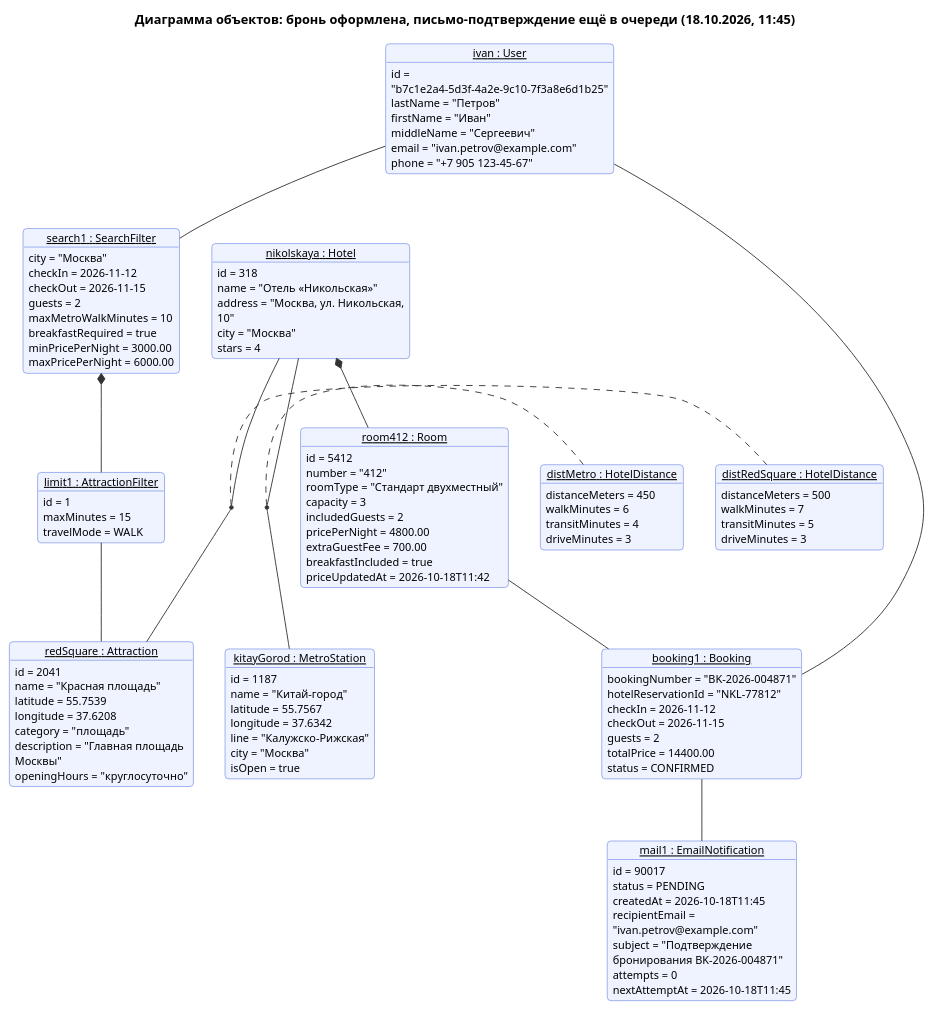
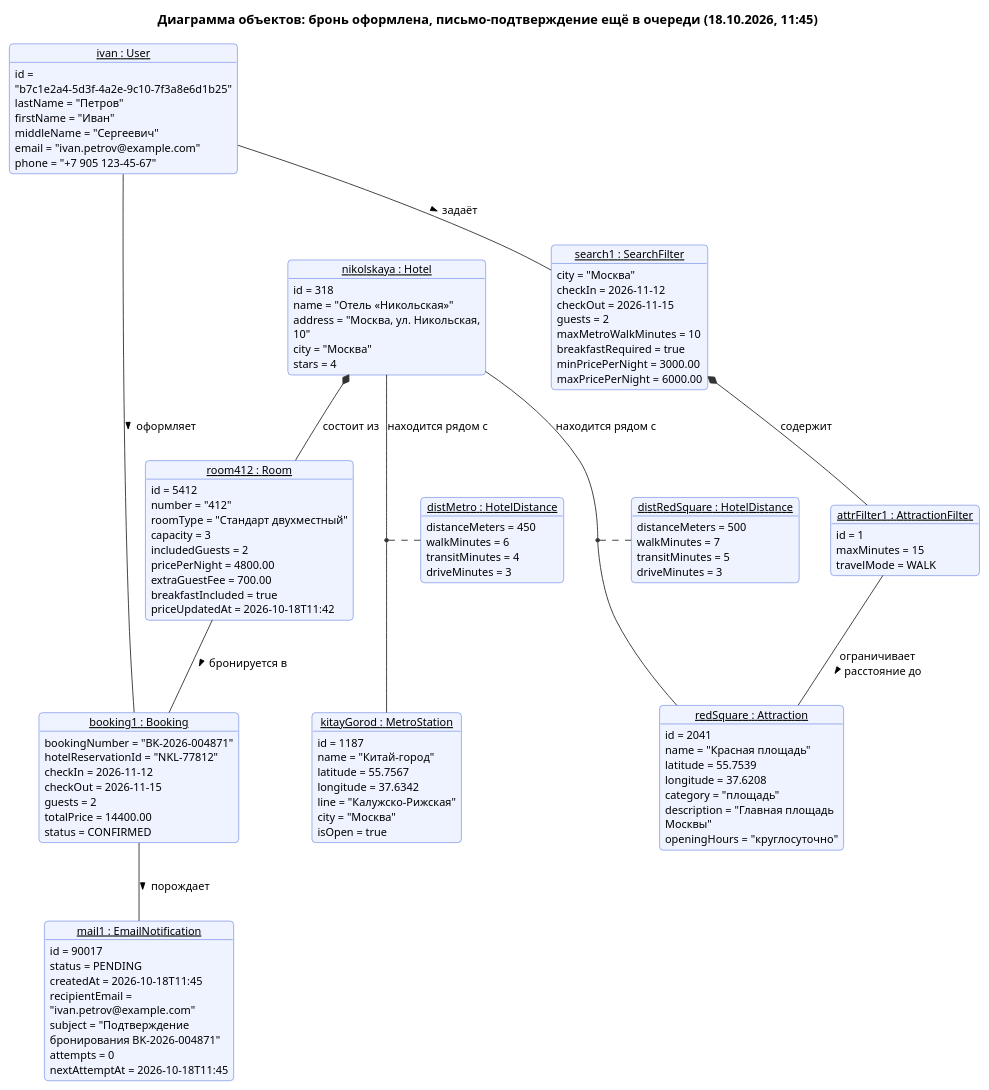
The diagram in hw2/2_2_object.puml (Remsely/cu-system-analysis), drawn with PlantUML before and after one commit.

Commit message:
refactor: label object links and rename attraction filter object
Claude-Session: https://claude.ai/code/session_01GqxdLWzwTh89iq96gpoYoC

```diff
--- a/hw2/2_2_object.puml
+++ b/hw2/2_2_object.puml
@@ -1,126 +1,126 @@
 @startuml
 skinparam shadowing false
 skinparam defaultFontSize 12
 skinparam backgroundColor white
 skinparam roundCorner 8
 skinparam ArrowColor #333333
 skinparam wrapWidth 220
 title Диаграмма объектов: бронь оформлена, письмо-подтверждение ещё в очереди (18.10.2026, 11:45)
 skinparam object {
   BackgroundColor #EEF3FF
   BorderColor #3B5BDB
 }
 hide empty members
 
 object "__ivan : User__" as ivan {
   id = "b7c1e2a4-5d3f-4a2e-9c10-7f3a8e6d1b25"
   lastName = "Петров"
   firstName = "Иван"
   middleName = "Сергеевич"
   email = "ivan.petrov@example.com"
   phone = "+7 905 123-45-67"
 }
 
 object "__search1 : SearchFilter__" as search1 {
   city = "Москва"
   checkIn = 2026-11-12
   checkOut = 2026-11-15
   guests = 2
   maxMetroWalkMinutes = 10
   breakfastRequired = true
   minPricePerNight = 3000.00
   maxPricePerNight = 6000.00
 }
 
-object "__limit1 : AttractionFilter__" as limit1 {
+object "__attrFilter1 : AttractionFilter__" as attrFilter1 {
   id = 1
   maxMinutes = 15
   travelMode = WALK
 }
 
 object "__redSquare : Attraction__" as redSquare {
   id = 2041
   name = "Красная площадь"
   latitude = 55.7539
   longitude = 37.6208
   category = "площадь"
   description = "Главная площадь Москвы"
   openingHours = "круглосуточно"
 }
 
 object "__kitayGorod : MetroStation__" as kitayGorod {
   id = 1187
   name = "Китай-город"
   latitude = 55.7567
   longitude = 37.6342
   line = "Калужско-Рижская"
   city = "Москва"
   isOpen = true
 }
 
 object "__nikolskaya : Hotel__" as nikolskaya {
   id = 318
   name = "Отель «Никольская»"
   address = "Москва, ул. Никольская, 10"
   city = "Москва"
   stars = 4
 }
 
 object "__room412 : Room__" as room412 {
   id = 5412
   number = "412"
   roomType = "Стандарт двухместный"
   capacity = 3
   includedGuests = 2
   pricePerNight = 4800.00
   extraGuestFee = 700.00
   breakfastIncluded = true
   priceUpdatedAt = 2026-10-18T11:42
 }
 
 object "__distMetro : HotelDistance__" as distMetro {
   distanceMeters = 450
   walkMinutes = 6
   transitMinutes = 4
   driveMinutes = 3
 }
 
 object "__distRedSquare : HotelDistance__" as distRed {
   distanceMeters = 500
   walkMinutes = 7
   transitMinutes = 5
   driveMinutes = 3
 }
 
 object "__booking1 : Booking__" as booking1 {
   bookingNumber = "BK-2026-004871"
   hotelReservationId = "NKL-77812"
   checkIn = 2026-11-12
   checkOut = 2026-11-15
   guests = 2
   totalPrice = 14400.00
   status = CONFIRMED
 }
 
 object "__mail1 : EmailNotification__" as mail1 {
   id = 90017
   status = PENDING
   createdAt = 2026-10-18T11:45
   recipientEmail = "ivan.petrov@example.com"
   subject = "Подтверждение бронирования BK-2026-004871"
   attempts = 0
   nextAttemptAt = 2026-10-18T11:45
 }
 
-ivan -- search1
-ivan -- booking1
-search1 *-- limit1
-limit1 -- redSquare
-nikolskaya *-- room412
-room412 -- booking1
-booking1 -- mail1
-nikolskaya -- kitayGorod
-nikolskaya -- redSquare
+ivan -- search1 : задаёт >
+ivan -- booking1 : оформляет >
+search1 *-- attrFilter1 : содержит
+attrFilter1 -- redSquare : ограничивает\nрасстояние до >
+nikolskaya *-- room412 : состоит из
+room412 -- booking1 : бронируется в >
+booking1 -- mail1 : порождает >
+nikolskaya -- kitayGorod : находится рядом с
+nikolskaya -- redSquare : находится рядом с
 (nikolskaya, kitayGorod) .. distMetro
 (nikolskaya, redSquare) .. distRed
 @enduml
```
